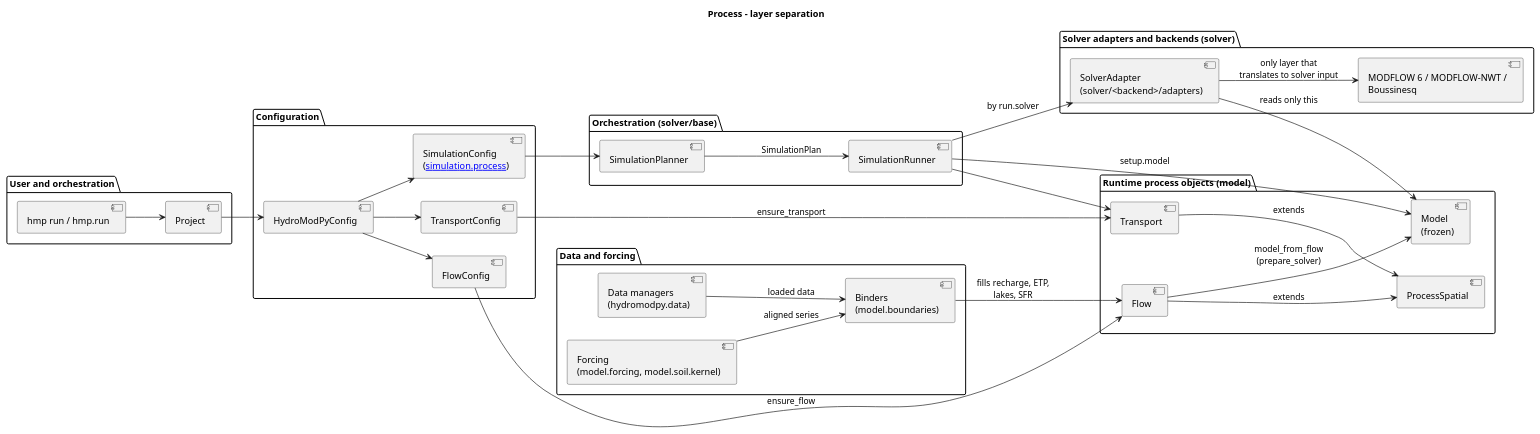
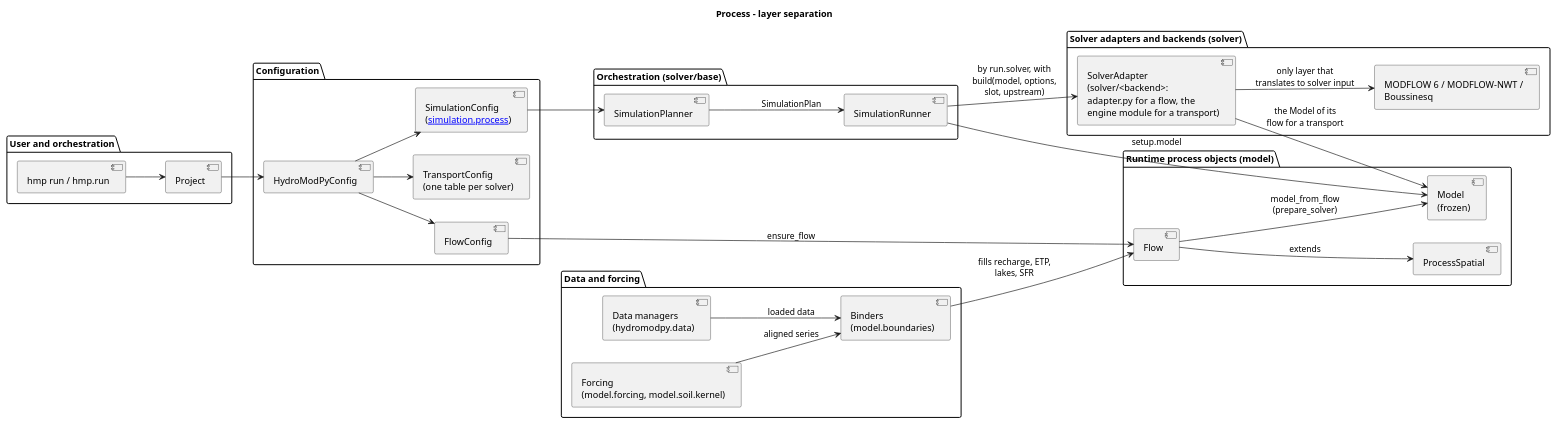
Before and after one commit to HydroModPy/HydroModPy: the diagram in docs/source/contribute/architecture/process/diagrams/process_layered_components.wsd, drawn with PlantUML. The commit also changed 667 other files, not shown here.

```diff
--- a/docs/source/contribute/architecture/process/diagrams/process_layered_components.wsd
+++ b/docs/source/contribute/architecture/process/diagrams/process_layered_components.wsd
@@ -1,63 +1,59 @@
 @startuml
 title Process - layer separation
 left to right direction
 
 package "User and orchestration" {
   component "hmp run / hmp.run" as Entry
   component "Project" as ProjectFacade
 }
 
 package "Configuration" {
   component "HydroModPyConfig" as HydroModPyConfig
   component "FlowConfig" as FlowConfig
-  component "TransportConfig" as TransportConfig
+  component "TransportConfig\n(one table per solver)" as TransportConfig
   component "SimulationConfig\n([[simulation.process]])" as SimulationConfig
 }
 
 package "Data and forcing" {
   component "Data managers\n(hydromodpy.data)" as DataManagers
   component "Binders\n(model.boundaries)" as Binders
   component "Forcing\n(model.forcing, model.soil.kernel)" as Forcing
 }
 
 package "Runtime process objects (model)" {
   component "ProcessSpatial" as ProcessSpatial
   component "Flow" as Flow
   component "Model\n(frozen)" as Model
-  component "Transport" as Transport
 }
 
 package "Orchestration (solver/base)" {
   component "SimulationPlanner" as Planner
   component "SimulationRunner" as Runner
 }
 
 package "Solver adapters and backends (solver)" {
-  component "SolverAdapter\n(solver/<backend>/adapters)" as Adapter
+  component "SolverAdapter\n(solver/<backend>:\nadapter.py for a flow, the\nengine module for a transport)" as Adapter
   component "MODFLOW 6 / MODFLOW-NWT /\nBoussinesq" as Backends
 }
 
 Entry --> ProjectFacade
 ProjectFacade --> HydroModPyConfig
 HydroModPyConfig --> FlowConfig
 HydroModPyConfig --> TransportConfig
 HydroModPyConfig --> SimulationConfig
 
 FlowConfig --> Flow : ensure_flow
-TransportConfig --> Transport : ensure_transport
 Flow --> ProcessSpatial : extends
-Transport --> ProcessSpatial : extends
 
 DataManagers --> Binders : loaded data
 Forcing --> Binders : aligned series
 Binders --> Flow : fills recharge, ETP,\nlakes, SFR
 Flow --> Model : model_from_flow\n(prepare_solver)
 
 SimulationConfig --> Planner
 Planner --> Runner : SimulationPlan
 Runner --> Model : setup.model
-Runner --> Transport
-Runner --> Adapter : by run.solver
-Adapter --> Model : reads only this
+Runner --> Adapter : by run.solver, with\nbuild(model, options,\nslot, upstream)
+Adapter --> Model : the Model of its\nflow for a transport
 Adapter --> Backends : only layer that\ntranslates to solver input
 @enduml
```
